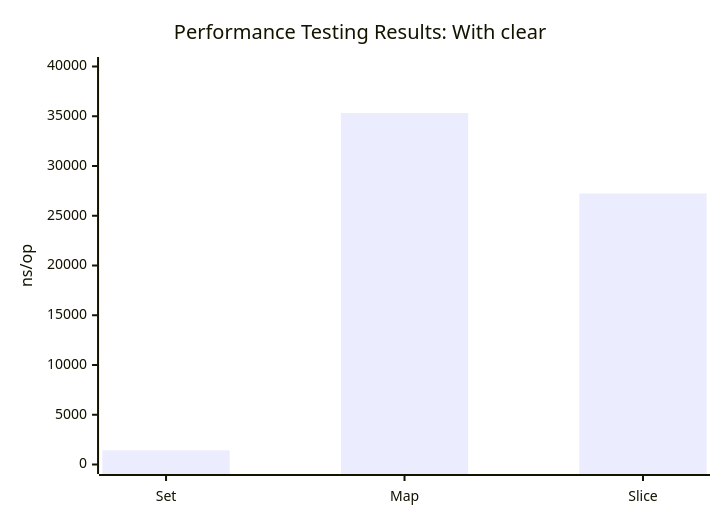
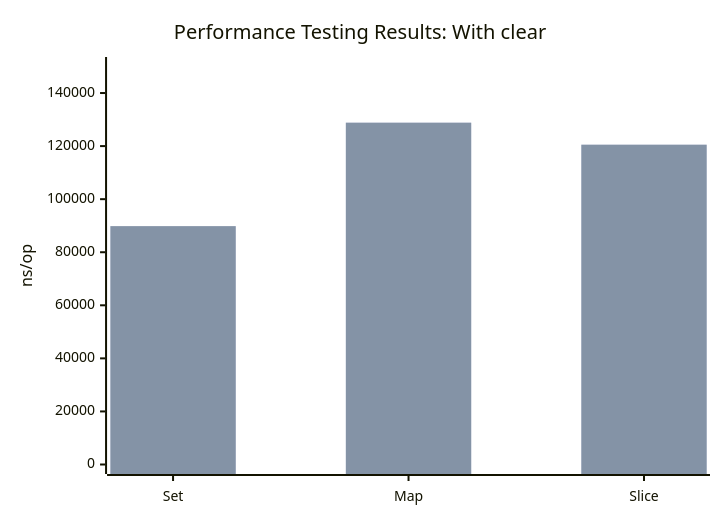
Before and after one commit to voedger/voedger: the second of 2 diagrams in pkg/goutils/set/benchmark.md, drawn with Mermaid. The commit also changed other lines of this file and 1 other file, not shown here.

Commit message:
benchmark tests (2)

````diff
--- a/pkg/goutils/set/benchmark.md
+++ b/pkg/goutils/set/benchmark.md
@@ -85,8 +86,9 @@
 ```mermaid
 xychart-beta
   title "Performance Testing Results: With clear"
   x-axis [Set, Map, Slice]
-  y-axis "ns/op" 0 --> 40000
+  y-axis "ns/op" 0 --> 150000
 
-  bar "Benchmark_BasicUsage" [1427, 35328, 27237]
+  bar "Benchmark_BasicUsageWithClear" [89835, 128832, 120536]
+  bar "Benchmark_BasicUsageWithClear" [89835, 128832, 120536]
 ```
````
